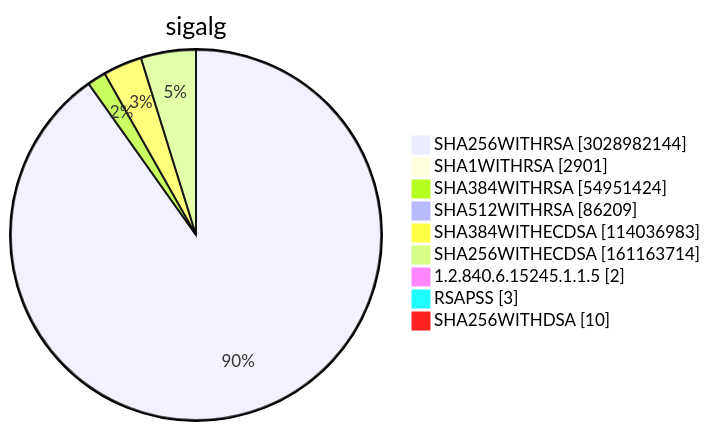
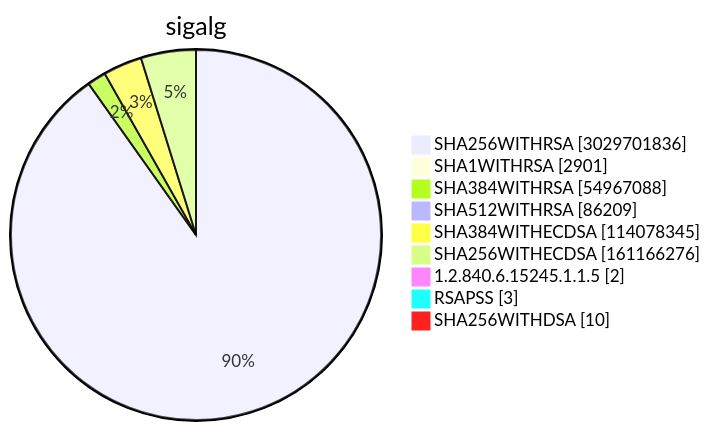
Diagram 15 of 15 in TOTAL/README.md (christiankrug/ctmonitor_visualization), drawn with Mermaid before and after one commit. The commit also changed other lines of this file, not shown here.

````diff
--- a/TOTAL/README.md
+++ b/TOTAL/README.md
@@ -6208,13 +6208,13 @@
 ```mermaid
 pie showData
 title sigalg
-"SHA256WITHRSA" :3028982144
+"SHA256WITHRSA" :3029701836
 "SHA1WITHRSA" :2901
-"SHA384WITHRSA" :54951424
+"SHA384WITHRSA" :54967088
 "SHA512WITHRSA" :86209
-"SHA384WITHECDSA" :114036983
-"SHA256WITHECDSA" :161163714
+"SHA384WITHECDSA" :114078345
+"SHA256WITHECDSA" :161166276
 "1.2.840.6.15245.1.1.5" :2
 "RSAPSS" :3
 "SHA256WITHDSA" :10
 ```
````
